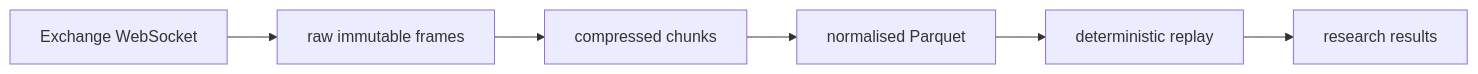
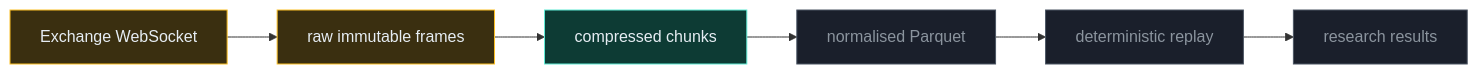
The first of 4 diagrams in README.md (Urvikulkarni1306/AstralProject), drawn with Mermaid before and after one commit. The commit also changed other lines of this file, not shown here.

Commit message:
README: table of contents, crate map, lifecycle diagrams, match chart

````diff
--- a/README.md
+++ b/README.md
@@ -65,8 +89,14 @@
 ```mermaid
 flowchart LR
     A[Exchange WebSocket] --> B[raw immutable frames]
     B --> C[compressed chunks]
     C --> D[normalised Parquet]
     D --> E[deterministic replay]
     E --> F[research results]
+    classDef done fill:#0d3b34,stroke:#5eead4,color:#e6edf3
+    classDef partial fill:#3a2f10,stroke:#fbbf24,color:#e6edf3
+    classDef missing fill:#1a1f2b,stroke:#4b5563,color:#8b949e
+    class C done
+    class A,B partial
+    class D,E,F missing
 ```
````
